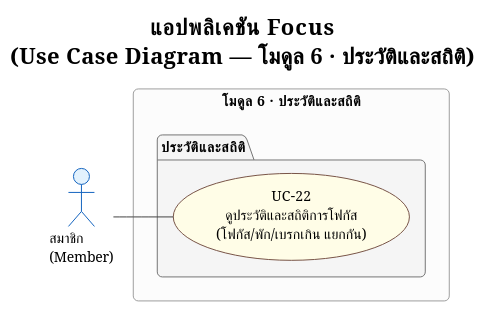
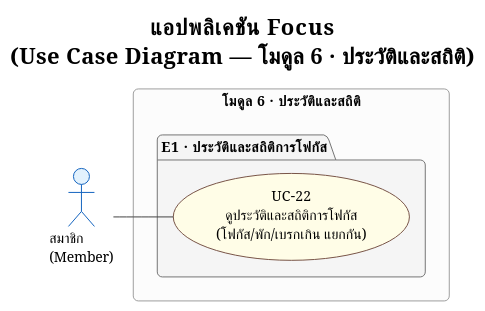
The diagram in proposal/usecase/usecase_module6.puml (popotaroman-cloud/dssiprj-pad), drawn with PlantUML before and after one commit. The commit also changed 34 other files, not shown here.

```diff
--- a/proposal/usecase/usecase_module6.puml
+++ b/proposal/usecase/usecase_module6.puml
@@ -3,40 +3,40 @@
 @startuml usecase_module6
 !theme plain
 skinparam defaultFontName TH Sarabun New
 skinparam defaultFontSize 14
 skinparam roundcorner 10
 
 skinparam usecase {
   BackgroundColor #FFFDE7
   BorderColor #795548
 }
 skinparam actor {
   BackgroundColor #E3F2FD
   BorderColor #1565C0
 }
 skinparam package {
   BackgroundColor #F5F5F5
   BorderColor #757575
   FontStyle bold
 }
 skinparam rectangle {
   BackgroundColor #FCFCFC
   BorderColor #9E9E9E
 }
 skinparam ArrowColor #424242
 
 title <b>แอปพลิเคชัน Focus</b>\n(Use Case Diagram — โมดูล 6 · ประวัติและสถิติ)
 
 left to right direction
 
 actor "สมาชิก\n(Member)" as Member
 
 rectangle "โมดูล 6 · ประวัติและสถิติ" {
-  package "ประวัติและสถิติ" {
+  package "E1 · ประวัติและสถิติการโฟกัส" {
     usecase "UC-22\nดูประวัติและสถิติการโฟกัส\n(โฟกัส/พัก/เบรกเกิน แยกกัน)" as UC22
   }
 }
 
 Member -- UC22
 
 @enduml
```
